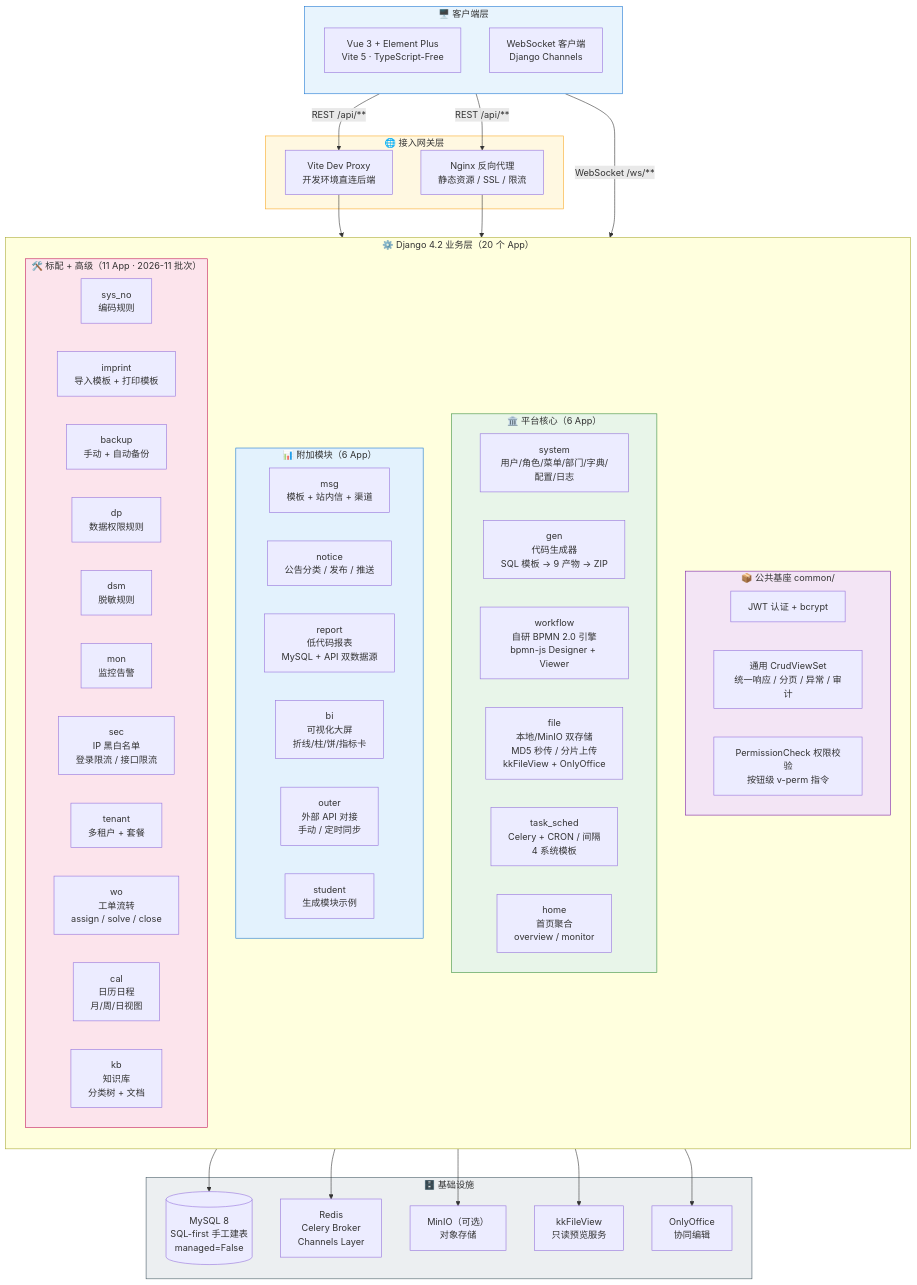
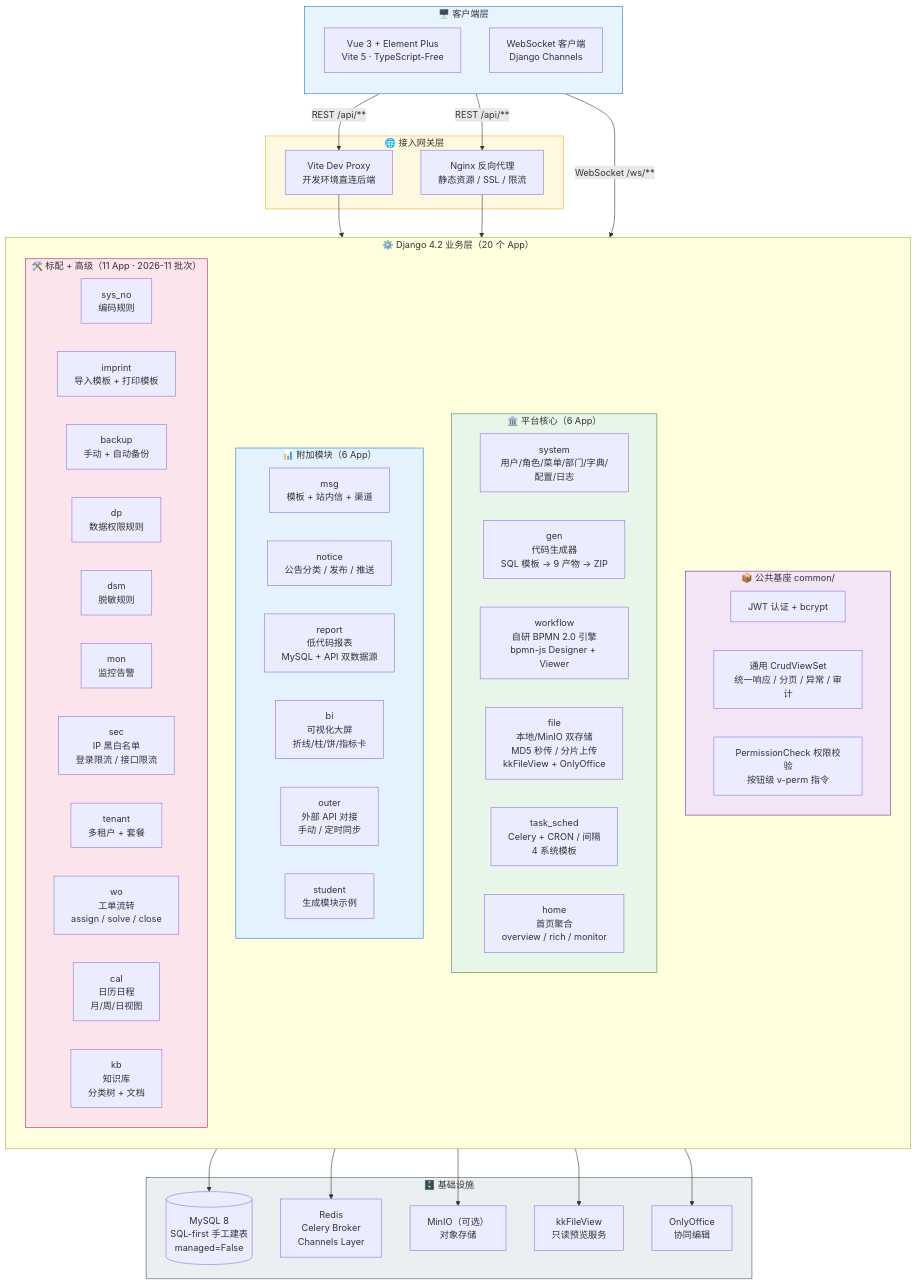
One commit to zlj317/django-base-admin changed the first of 2 diagrams in README.md. Above: the diagram before and after it, drawn with Mermaid. The commit also changed other lines of this file and 226 other files, not shown here.

````diff
--- a/README.md
+++ b/README.md
@@ -27,82 +27,82 @@
 ```mermaid
 flowchart TB
     subgraph Client["🖥️ 客户端层"]
         direction TB
         FE["Vue 3 + Element Plus<br/>Vite 5 · TypeScript-Free"]
         WS["WebSocket 客户端<br/>Django Channels"]
     end
 
     subgraph Gateway["🌐 接入网关层"]
         Nginx["Nginx 反向代理<br/>静态资源 / SSL / 限流"]
         ViteProxy["Vite Dev Proxy<br/>开发环境直连后端"]
     end
 
     subgraph Backend["⚙️ Django 4.2 业务层（20 个 App）"]
         direction TB
 
         subgraph Common["📦 公共基座 common/"]
             JWT["JWT 认证 + bcrypt"]
             Crud["通用 CrudViewSet<br/>统一响应 / 分页 / 异常 / 审计"]
             RBAC["PermissionCheck 权限校验<br/>按钮级 v-perm 指令"]
         end
 
         subgraph Core["🏛️ 平台核心（6 App）"]
             Sys["system<br/>用户/角色/菜单/部门/字典/配置/日志"]
             Gen["gen<br/>代码生成器<br/>SQL 模板 → 9 产物 → ZIP"]
             WF["workflow<br/>自研 BPMN 2.0 引擎<br/>bpmn-js Designer + Viewer"]
             File["file<br/>本地/MinIO 双存储<br/>MD5 秒传 / 分片上传<br/>kkFileView + OnlyOffice"]
             Task["task_sched<br/>Celery + CRON / 间隔<br/>4 系统模板"]
-            Home["home<br/>首页聚合<br/>overview / monitor"]
+            Home["home<br/>首页聚合<br/>overview / rich / monitor"]
         end
 
         subgraph BizOld["📊 附加模块（6 App）"]
             Msg["msg<br/>模板 + 站内信 + 渠道"]
             Notice["notice<br/>公告分类 / 发布 / 推送"]
             Report["report<br/>低代码报表<br/>MySQL + API 双数据源"]
             BI["bi<br/>可视化大屏<br/>折线/柱/饼/指标卡"]
             Outer["outer<br/>外部 API 对接<br/>手动 / 定时同步"]
             Student["student<br/>生成模块示例"]
         end
 
         subgraph BizNew["🛠️ 标配 + 高级（11 App · 2026-11 批次）"]
             SysNo["sys_no<br/>编码规则"]
             Imprint["imprint<br/>导入模板 + 打印模板"]
             Backup["backup<br/>手动 + 自动备份"]
             DP["dp<br/>数据权限规则"]
             DSM["dsm<br/>脱敏规则"]
             Mon["mon<br/>监控告警"]
             Sec["sec<br/>IP 黑白名单<br/>登录限流 / 接口限流"]
             Tenant["tenant<br/>多租户 + 套餐"]
             WO["wo<br/>工单流转<br/>assign / solve / close"]
             Cal["cal<br/>日历日程<br/>月/周/日视图"]
             KB["kb<br/>知识库<br/>分类树 + 文档"]
         end
     end
 
     subgraph Infra["🗄️ 基础设施"]
         MySQL[("MySQL 8<br/>SQL-first 手工建表<br/>managed=False")]
         Redis["Redis<br/>Celery Broker<br/>Channels Layer"]
         MinIO["MinIO（可选）<br/>对象存储"]
         KKFile["kkFileView<br/>只读预览服务"]
         OnlyOffice["OnlyOffice<br/>协同编辑"]
     end
 
     FE -->|REST /api/**| Nginx
     FE -->|REST /api/**| ViteProxy
     ViteProxy --> Backend
     Nginx --> Backend
     Backend --> MySQL
     Backend --> Redis
     Backend --> MinIO
     Backend --> KKFile
     Backend --> OnlyOffice
     WS -->|WebSocket /ws/**| Backend
 
     style Client fill:#e8f4fd,stroke:#1976d2
     style Gateway fill:#fff8e1,stroke:#f9a825
     style Common fill:#f3e5f5,stroke:#7b1fa2
     style Core fill:#e8f5e9,stroke:#388e3c
     style BizOld fill:#e3f2fd,stroke:#1976d2
     style BizNew fill:#fce4ec,stroke:#c2185b
     style Infra fill:#eceff1,stroke:#455a64
 ```
````
